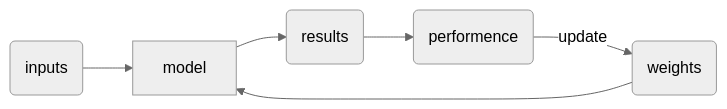
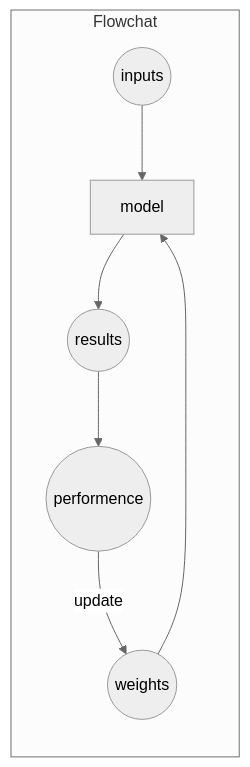
The fifth of 8 diagrams in smartbook/Fastai-01.md (Jaas-Wang/smartbook), drawn with Mermaid (neutral theme) before and after one commit. The commit also changed other lines of this file, not shown here.

````diff
--- a/smartbook/Fastai-01.md
+++ b/smartbook/Fastai-01.md
@@ -708,13 +704,17 @@
 ```mermaid
 graph LR
 
-B(inputs)
-C(weights)
+B((inputs))
+C((weights))
 D[model]
-E(results)
-F(performence)
+E((results))
+F((performence))
+subgraph Flowchat
 B --> D
 C --> D
 D --> E
-E --> F --update--> C
+end
+subgraph Flowchat
+E --> F --> |update| C
+end
 ```
````
